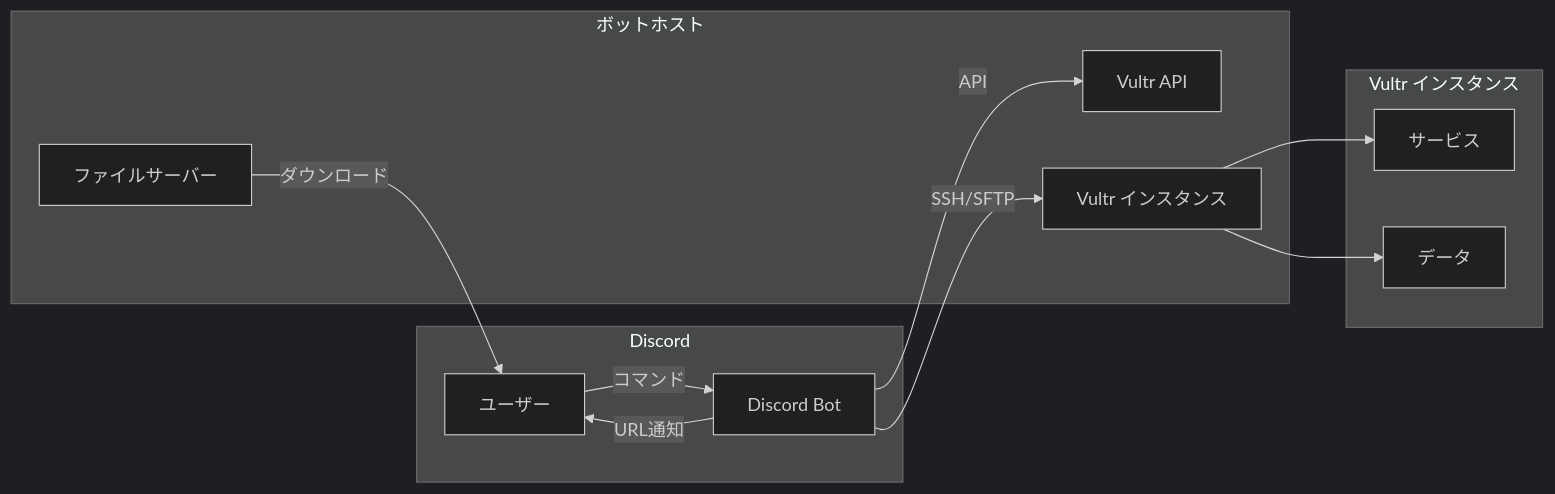
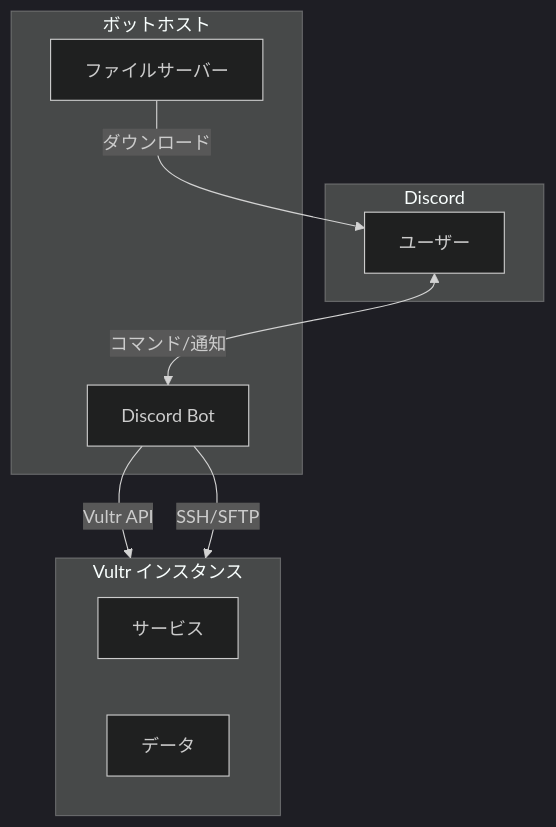
One commit to tsunosekai/vultr-discrod-bot changed the diagram in README.md. Above: the diagram before and after it, drawn with Mermaid (dark theme).

Commit message:
Improve Mermaid diagram layout
Change from horizontal (LR) to vertical (TB) layout for better readability.

🤖 Generated with [Claude Code](https://claude.com/claude-code)

````diff
--- a/README.md
+++ b/README.md
@@ -16,20 +16,21 @@
 ```mermaid
-graph LR
-    subgraph "Discord"
-        A[ユーザー] -->|コマンド| B[Discord Bot]
+graph TB
+    subgraph Discord
+        User[ユーザー]
     end
 
-    subgraph "ボットホスト"
-        B -->|API| C[Vultr API]
-        B -->|SSH/SFTP| D[Vultr インスタンス]
-        E[ファイルサーバー]
+    subgraph BotHost[ボットホスト]
+        Bot[Discord Bot]
+        FileServer[ファイルサーバー]
     end
 
-    subgraph "Vultr インスタンス"
-        D --> F[サービス]
-        D --> G[データ]
+    subgraph Vultr[Vultr インスタンス]
+        Service[サービス]
+        Data[データ]
     end
 
-    B -->|URL通知| A
-    E -->|ダウンロード| A
+    User <-->|コマンド/通知| Bot
+    Bot -->|Vultr API| Vultr
+    Bot -->|SSH/SFTP| Vultr
+    FileServer -->|ダウンロード| User
 ```
````
